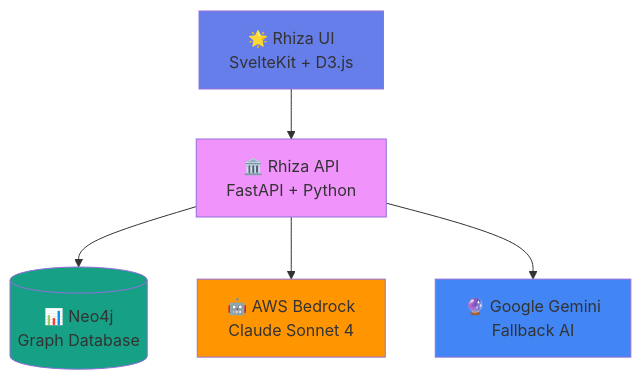
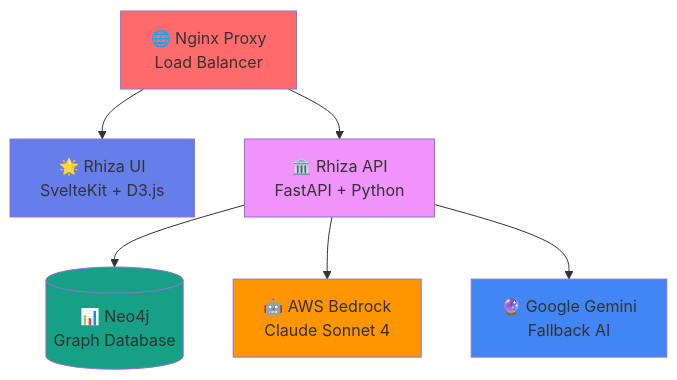
One commit to thinkingsage/rhiza changed the diagram in README.md. Above: the diagram before and after it, drawn with Mermaid. The commit also changed other lines of this file, not shown here.

````diff
--- a/README.md
+++ b/README.md
@@ -92,13 +92,15 @@
 ```mermaid
 graph TB
-    UI[🌟 Rhiza UI<br/>SvelteKit + D3.js] --> API[🏛️ Rhiza API<br/>FastAPI + Python]
+    Proxy[🌐 Nginx Proxy<br/>Load Balancer] --> UI[🌟 Rhiza UI<br/>SvelteKit + D3.js]
+    Proxy --> API[🏛️ Rhiza API<br/>FastAPI + Python]
     API --> Neo4j[(📊 Neo4j<br/>Graph Database)]
     API --> Bedrock[🤖 AWS Bedrock<br/>Claude Sonnet 4]
     API --> Gemini[🔮 Google Gemini<br/>Fallback AI]
     
+    style Proxy fill:#ff6b6b
     style UI fill:#667eea
     style API fill:#f093fb
     style Neo4j fill:#16a085
     style Bedrock fill:#ff9500
     style Gemini fill:#4285f4
 ```
````
